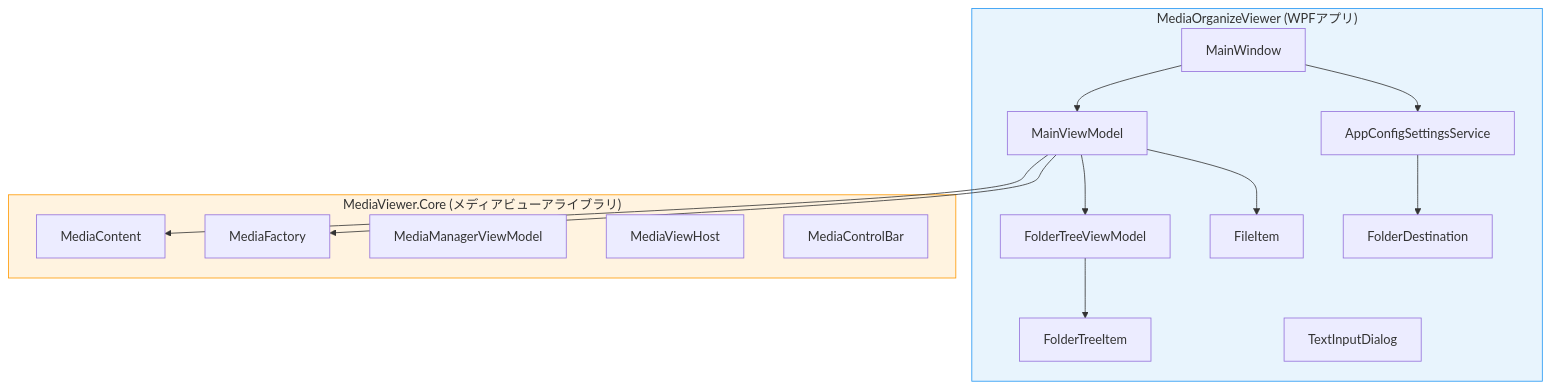
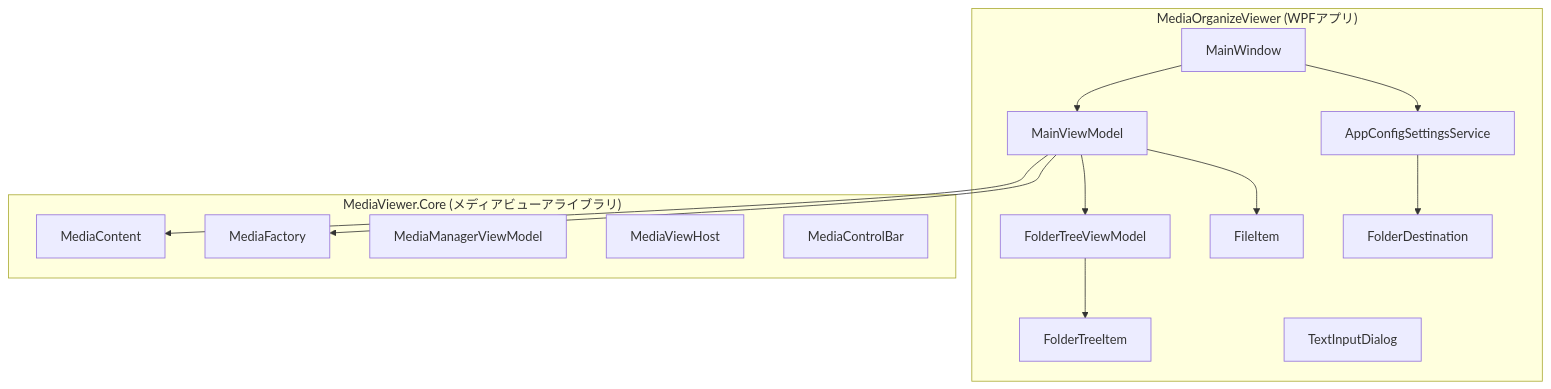
The first of 6 diagrams in docs/class-diagram.md (coelacanth9/MediaOrganizeViewer), drawn with Mermaid before and after one commit. The commit also changed other lines of this file, not shown here.

Commit message:
設計書Mermaid図のカスタムカラーを除去しダークモード対応

````diff
--- a/docs/class-diagram.md
+++ b/docs/class-diagram.md
@@ -5,33 +5,30 @@
 ```mermaid
 graph TB
     subgraph MediaOrganizeViewer ["MediaOrganizeViewer (WPFアプリ)"]
         MW[MainWindow]
         MVM[MainViewModel]
         FTVM[FolderTreeViewModel]
         FTI[FolderTreeItem]
         FI[FileItem]
         SS[AppConfigSettingsService]
         FD[FolderDestination]
         TID[TextInputDialog]
     end
 
     subgraph MediaViewer.Core ["MediaViewer.Core (メディアビューアライブラリ)"]
         MC[MediaContent]
         MF[MediaFactory]
         MMVM[MediaManagerViewModel]
         MVH[MediaViewHost]
         MCB[MediaControlBar]
     end
 
     MW --> MVM
     MW --> SS
     MVM --> FTVM
     MVM --> MC
     MVM --> MF
     MVM --> FI
     FTVM --> FTI
     SS --> FD
-
-    style MediaOrganizeViewer fill:#e8f4fd,stroke:#2196f3
-    style MediaViewer.Core fill:#fff3e0,stroke:#ff9800
 ```
````
